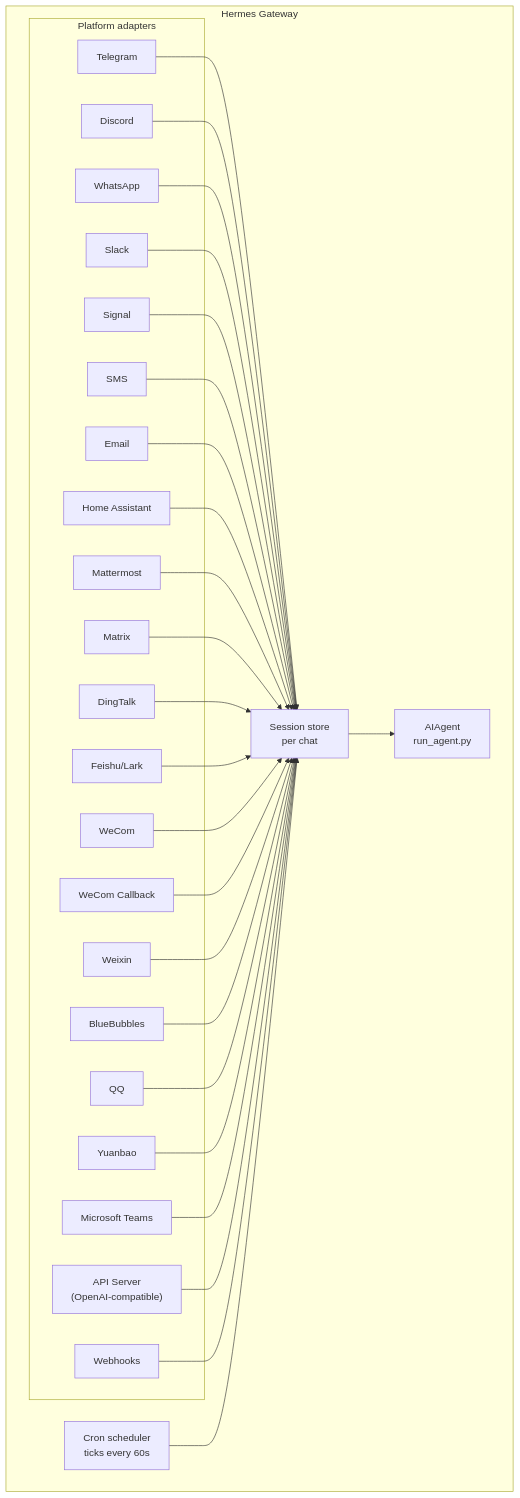
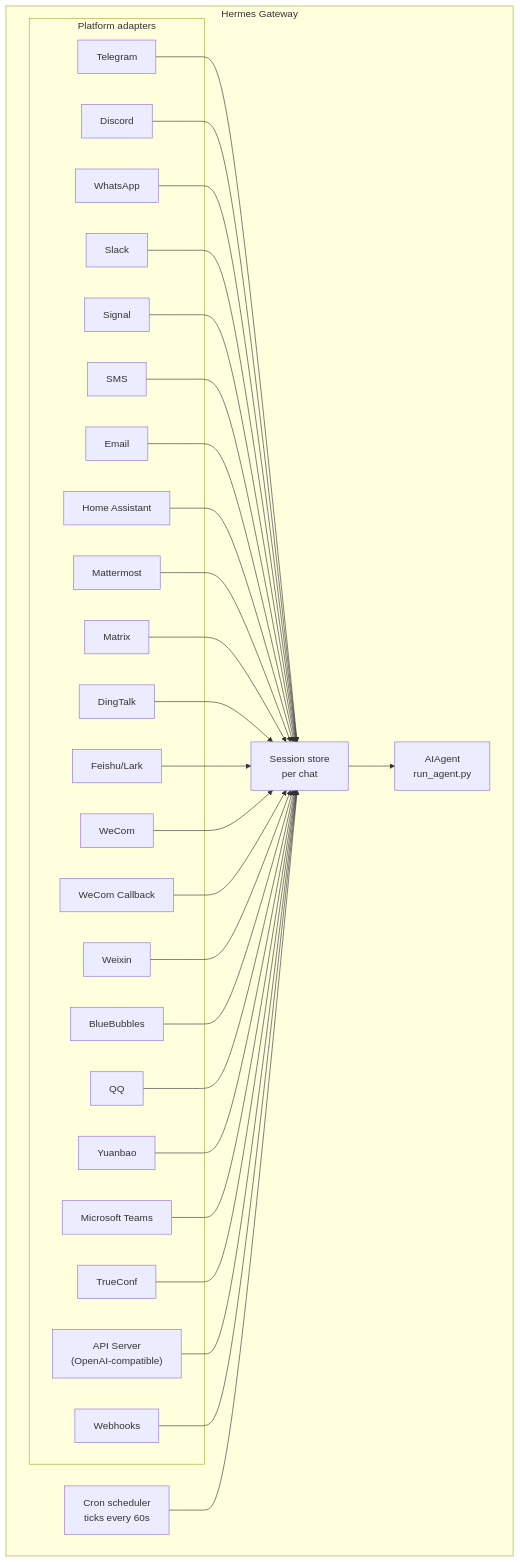
One commit to AnandaAnugrahHandyanto/savarez_agent changed the diagram in website/docs/user-guide/messaging/index.md. Above: the diagram before and after it, drawn with Mermaid. The commit also changed other lines of this file and 2 other files, not shown here.

Commit message:
fixed TrueConf adapter files

````diff
--- a/website/docs/user-guide/messaging/index.md
+++ b/website/docs/user-guide/messaging/index.md
@@ -41,56 +42,58 @@
 ```mermaid
 flowchart TB
     subgraph Gateway["Hermes Gateway"]
         subgraph Adapters["Platform adapters"]
             tg[Telegram]
             dc[Discord]
             wa[WhatsApp]
             sl[Slack]
             sig[Signal]
             sms[SMS]
             em[Email]
             ha[Home Assistant]
             mm[Mattermost]
             mx[Matrix]
             dt[DingTalk]
+            tc[TrueConf]
     fs[Feishu/Lark]
     wc[WeCom]
     wcb[WeCom Callback]
     wx[Weixin]
     bb[BlueBubbles]
     qq[QQ]
     yb[Yuanbao]
     ms[Microsoft Teams]
     api["API Server<br/>(OpenAI-compatible)"]
     wh[Webhooks]
         end
 
         store["Session store<br/>per chat"]
         agent["AIAgent<br/>run_agent.py"]
         cron["Cron scheduler<br/>ticks every 60s"]
     end
 
     tg --> store
     dc --> store
     wa --> store
     sl --> store
     sig --> store
     sms --> store
     em --> store
     ha --> store
     mm --> store
     mx --> store
     dt --> store
     fs --> store
     wc --> store
     wcb --> store
     wx --> store
     bb --> store
     qq --> store
     yb --> store
     ms --> store
+    tc --> store
     api --> store
     wh --> store
     store --> agent
     cron --> store
 ```
````
